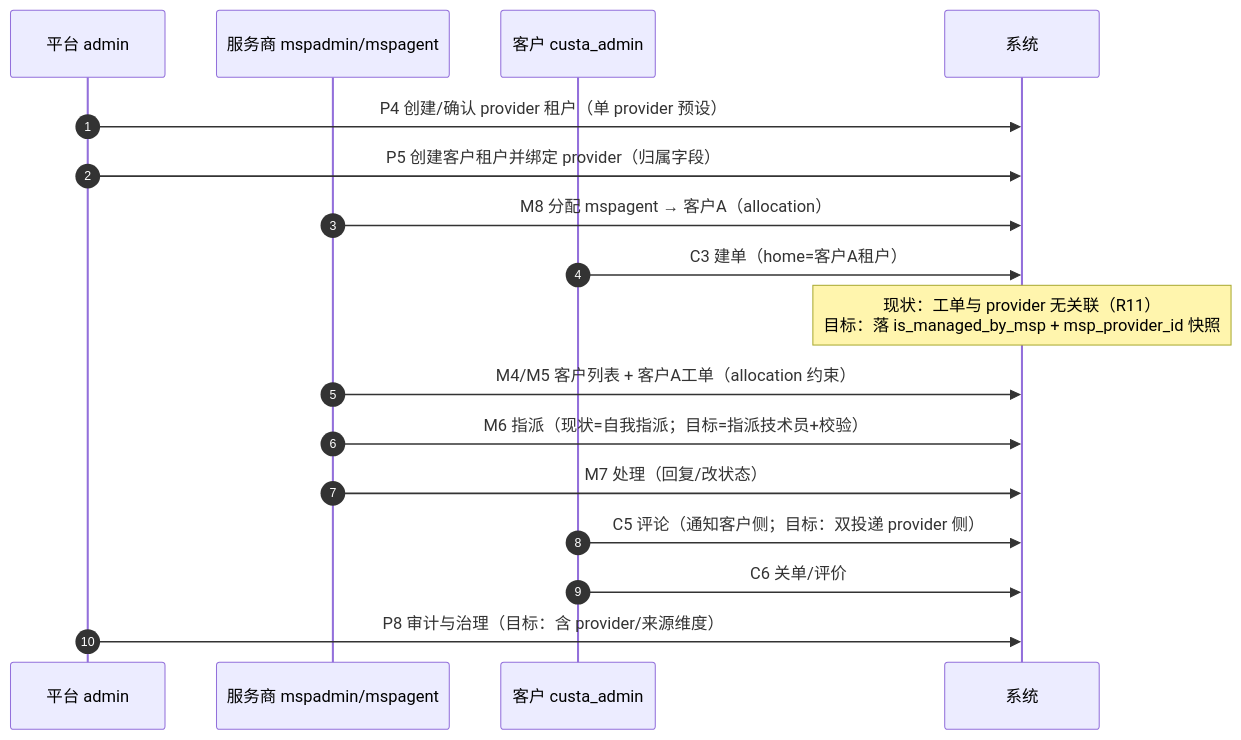
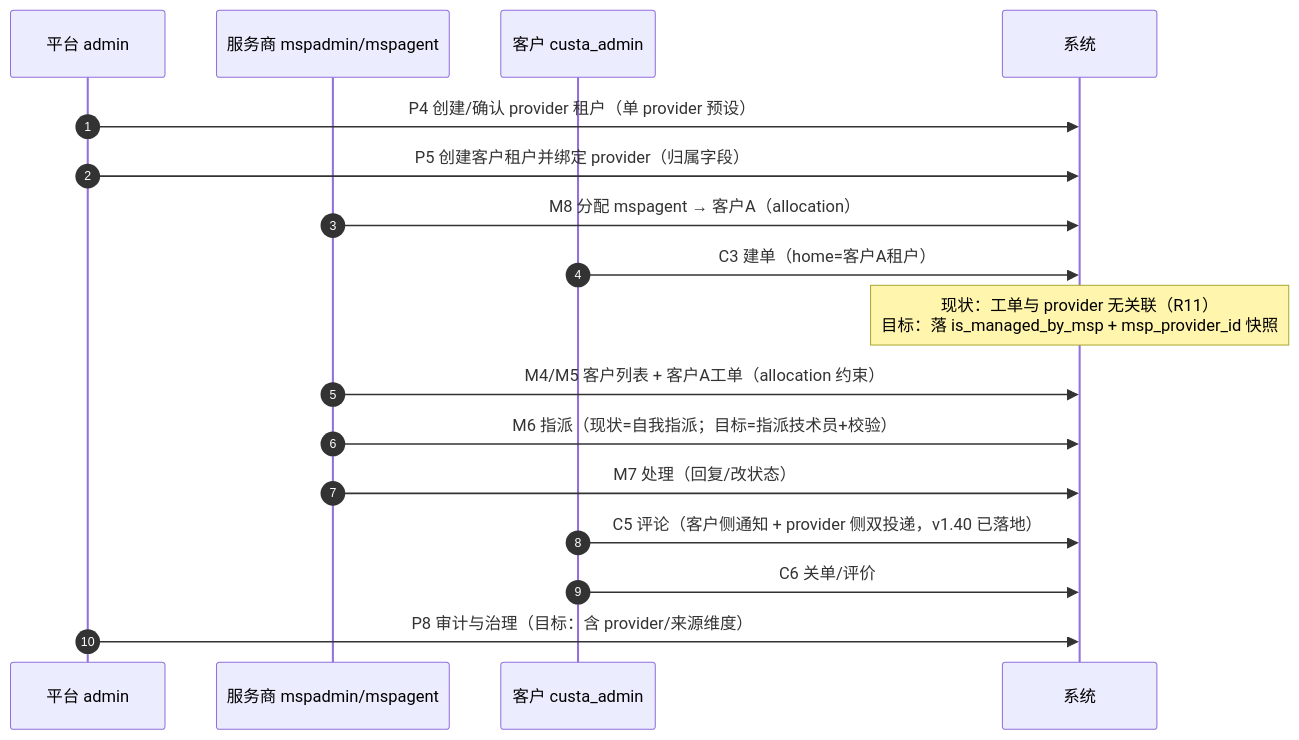
The diagram in docs/multi-tenant/plan/msp-three-persona-operation-simulation.md (wwsheng009/itsm), drawn with Mermaid before and after one commit. The commit also changed other lines of this file and 7 other files, not shown here.

````diff
--- a/docs/multi-tenant/plan/msp-three-persona-operation-simulation.md
+++ b/docs/multi-tenant/plan/msp-three-persona-operation-simulation.md
@@ -153,20 +153,20 @@
 ```mermaid
 sequenceDiagram
     autonumber
     participant PF as 平台 admin
     participant PV as 服务商 mspadmin/mspagent
     participant CU as 客户 custa_admin
     participant SYS as 系统
 
     PF->>SYS: P4 创建/确认 provider 租户（单 provider 预设）
     PF->>SYS: P5 创建客户租户并绑定 provider（归属字段）
     PV->>SYS: M8 分配 mspagent → 客户A（allocation）
     CU->>SYS: C3 建单（home=客户A租户）
     Note over SYS: 现状：工单与 provider 无关联（R11）<br/>目标：落 is_managed_by_msp + msp_provider_id 快照
     PV->>SYS: M4/M5 客户列表 + 客户A工单（allocation 约束）
     PV->>SYS: M6 指派（现状=自我指派；目标=指派技术员+校验）
     PV->>SYS: M7 处理（回复/改状态）
-    CU->>SYS: C5 评论（通知客户侧；目标：双投递 provider 侧）
+    CU->>SYS: C5 评论（客户侧通知 + provider 侧双投递，v1.40 已落地）
     CU->>SYS: C6 关单/评价
     PF->>SYS: P8 审计与治理（目标：含 provider/来源维度）
 ```
````
